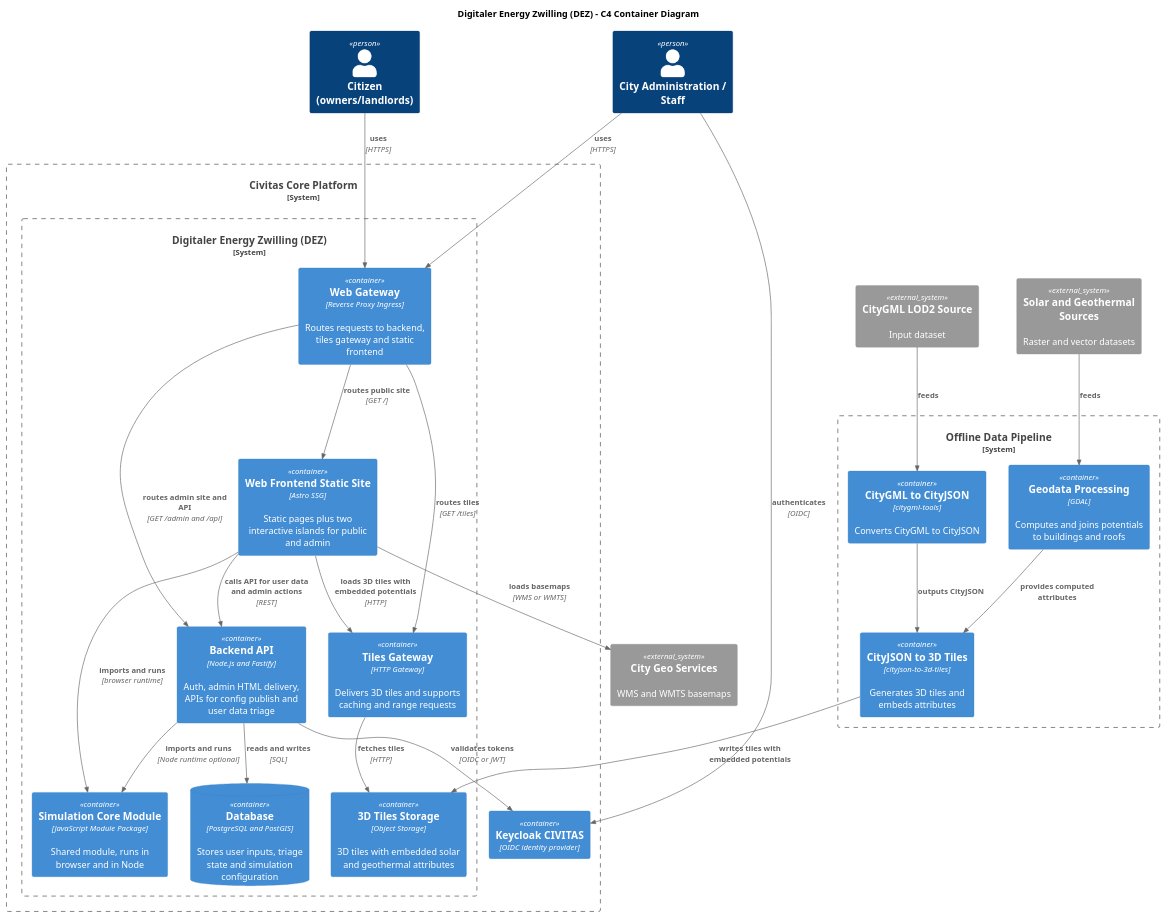
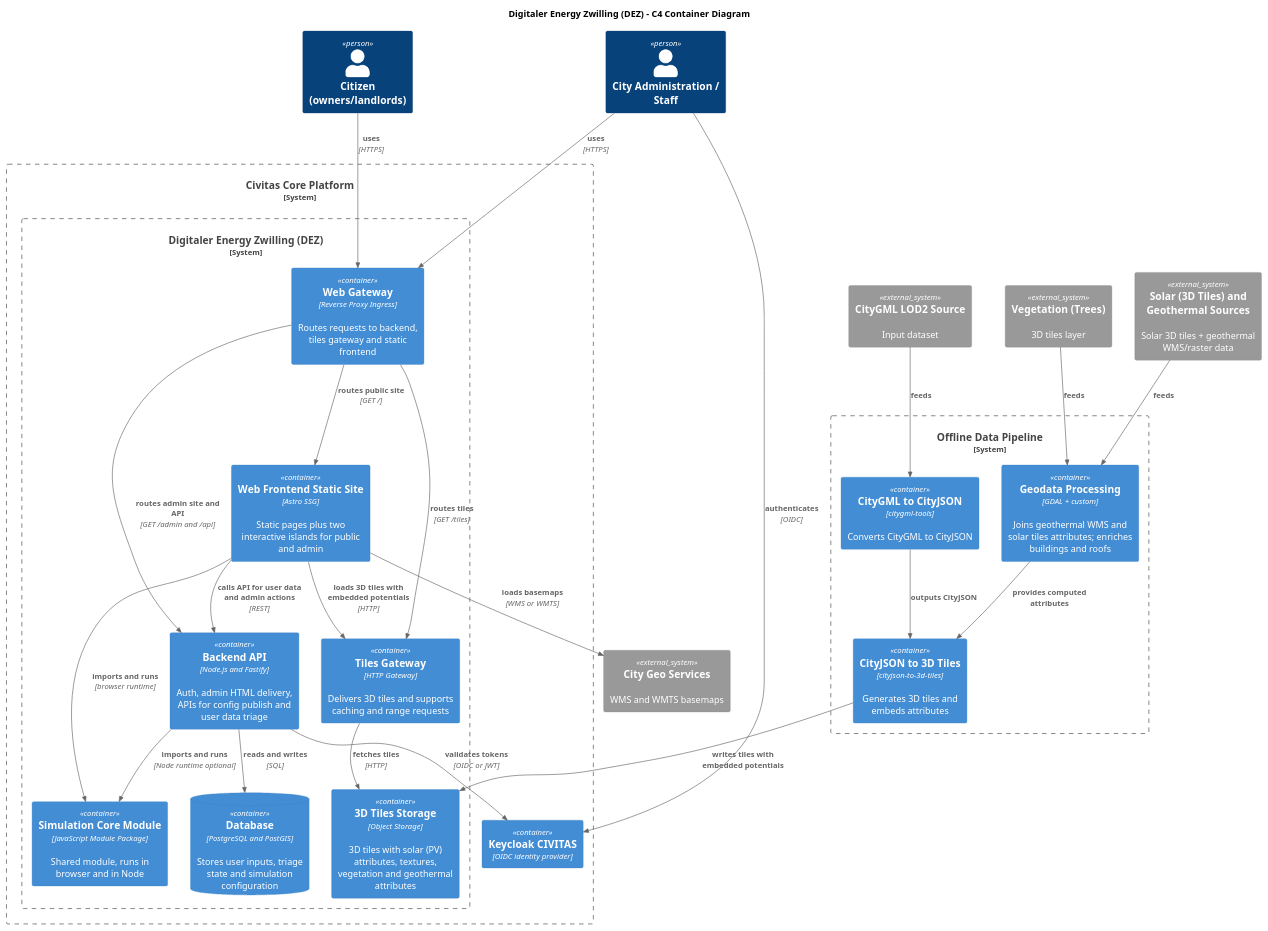
The diagram in docs/architecture/raw/c4-container.puml (csi-FOXBYTE/Regensburg_DigitalerEnergieZwilling_Backend), drawn with PlantUML before and after one commit. The commit also changed 19 other files, not shown here.

```diff
--- a/docs/architecture/raw/c4-container.puml
+++ b/docs/architecture/raw/c4-container.puml
@@ -1,65 +1,67 @@
 @startuml
 !includeurl https://raw.githubusercontent.com/plantuml-stdlib/C4-PlantUML/master/C4_Container.puml
 
 title Digitaler Energy Zwilling (DEZ) - C4 Container Diagram
 
 Person(citizen, "Citizen (owners/landlords)")
 Person(admin, "City Administration / Staff")
 
 System_Boundary(civitas, "Civitas Core Platform") {
   System_Boundary(det, "Digitaler Energy Zwilling (DEZ)") {
 
     Container(gateway, "Web Gateway", "Reverse Proxy Ingress", "Routes requests to backend, tiles gateway and static frontend")
 
     Container(frontend, "Web Frontend Static Site", "Astro SSG", "Static pages plus two interactive islands for public and admin")
 
     Container(backend, "Backend API", "Node.js and Fastify", "Auth, admin HTML delivery, APIs for config publish and user data triage")
 
     Container(simCore, "Simulation Core Module", "JavaScript Module Package", "Shared module, runs in browser and in Node")
 
     Container(tilesGw, "Tiles Gateway", "HTTP Gateway", "Delivers 3D tiles and supports caching and range requests")
-    Container(tilesStore, "3D Tiles Storage", "Object Storage", "3D tiles with embedded solar and geothermal attributes")
+    Container(tilesStore, "3D Tiles Storage", "Object Storage", "3D tiles with solar (PV) attributes, textures, vegetation and geothermal attributes")
 
     ContainerDb(db, "Database", "PostgreSQL and PostGIS", "Stores user inputs, triage state and simulation configuration")
   }
 
   Container(idp, "Keycloak CIVITAS", "OIDC identity provider")
 }
 System_Ext(geo, "City Geo Services", "WMS and WMTS basemaps")
 
 System_Ext(citygml, "CityGML LOD2 Source", "Input dataset")
-System_Ext(potentials, "Solar and Geothermal Sources", "Raster and vector datasets")
+System_Ext(potentials, "Solar (3D Tiles) and Geothermal Sources", "Solar 3D tiles + geothermal WMS/raster data")
+System_Ext(vegetation, "Vegetation (Trees)", "3D tiles layer")
 
 System_Boundary(pipeline, "Offline Data Pipeline") {
   Container(citygmlTools, "CityGML to CityJSON", "citygml-tools", "Converts CityGML to CityJSON")
-  Container(gdal, "Geodata Processing", "GDAL", "Computes and joins potentials to buildings and roofs")
+  Container(gdal, "Geodata Processing", "GDAL + custom", "Joins geothermal WMS and solar tiles attributes; enriches buildings and roofs")
   Container(tilesConv, "CityJSON to 3D Tiles", "cityjson-to-3d-tiles", "Generates 3D tiles and embeds attributes")
 }
 
 Rel(citizen, gateway, "uses", "HTTPS")
 Rel(admin, gateway, "uses", "HTTPS")
 
 Rel(gateway, frontend, "routes public site", "GET /")
 Rel(gateway, backend, "routes admin site and API", "GET /admin and /api")
 Rel(gateway, tilesGw, "routes tiles", "GET /tiles")
 
 Rel(admin, idp, "authenticates", "OIDC")
 Rel(backend, idp, "validates tokens", "OIDC or JWT")
 
 Rel(frontend, simCore, "imports and runs", "browser runtime")
 Rel(backend, simCore, "imports and runs", "Node runtime optional")
 
 Rel(frontend, geo, "loads basemaps", "WMS or WMTS")
 Rel(frontend, tilesGw, "loads 3D tiles with embedded potentials", "HTTP")
 Rel(tilesGw, tilesStore, "fetches tiles", "HTTP")
 
 Rel(backend, db, "reads and writes", "SQL")
 Rel(frontend, backend, "calls API for user data and admin actions", "REST")
 
 Rel(citygml, citygmlTools, "feeds")
 Rel(potentials, gdal, "feeds")
+Rel(vegetation, gdal, "feeds")
 Rel(citygmlTools, tilesConv, "outputs CityJSON")
 Rel(gdal, tilesConv, "provides computed attributes")
 Rel(tilesConv, tilesStore, "writes tiles with embedded potentials")
 
 @enduml
```
